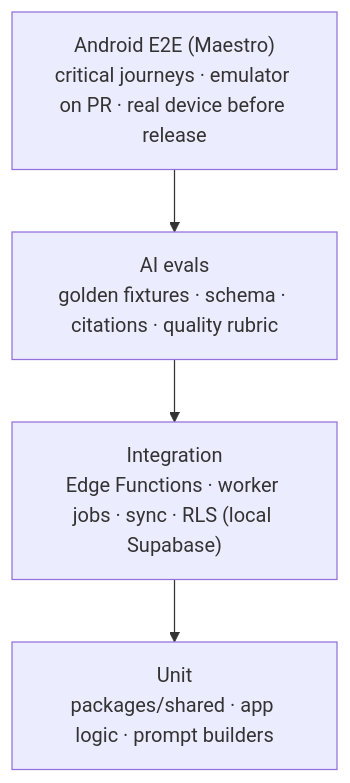
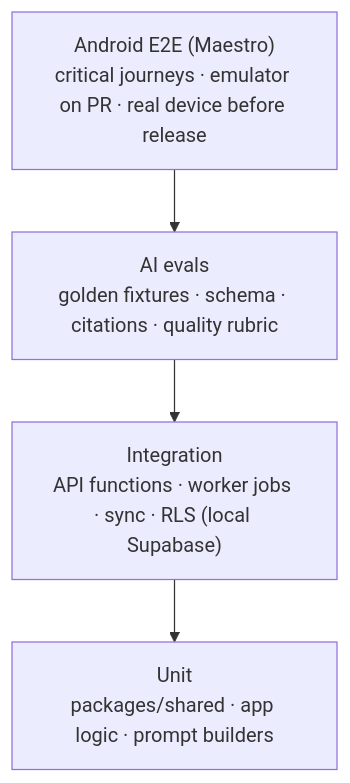
One commit to mariajunqueiramirandas-cpu/Studify changed the first of 2 diagrams in docs/engineering/testing-strategy.md. Above: the diagram before and after it, drawn with Mermaid. The commit also changed other lines of this file and 174 other files, not shown here.

First line of the commit message:
feat(api): replace Supabase Edge Functions with a Bun + Hono API for the VPS

````diff
--- a/docs/engineering/testing-strategy.md
+++ b/docs/engineering/testing-strategy.md
@@ -21,8 +21,8 @@
 ```mermaid
 flowchart TB
   E2E["Android E2E (Maestro)<br/>critical journeys · emulator on PR · real device before release"]
   EVAL["AI evals<br/>golden fixtures · schema · citations · quality rubric"]
-  INT["Integration<br/>Edge Functions · worker jobs · sync · RLS (local Supabase)"]
+  INT["Integration<br/>API functions · worker jobs · sync · RLS (local Supabase)"]
   UNIT["Unit<br/>packages/shared · app logic · prompt builders"]
   E2E --> EVAL --> INT --> UNIT
 ```
````
